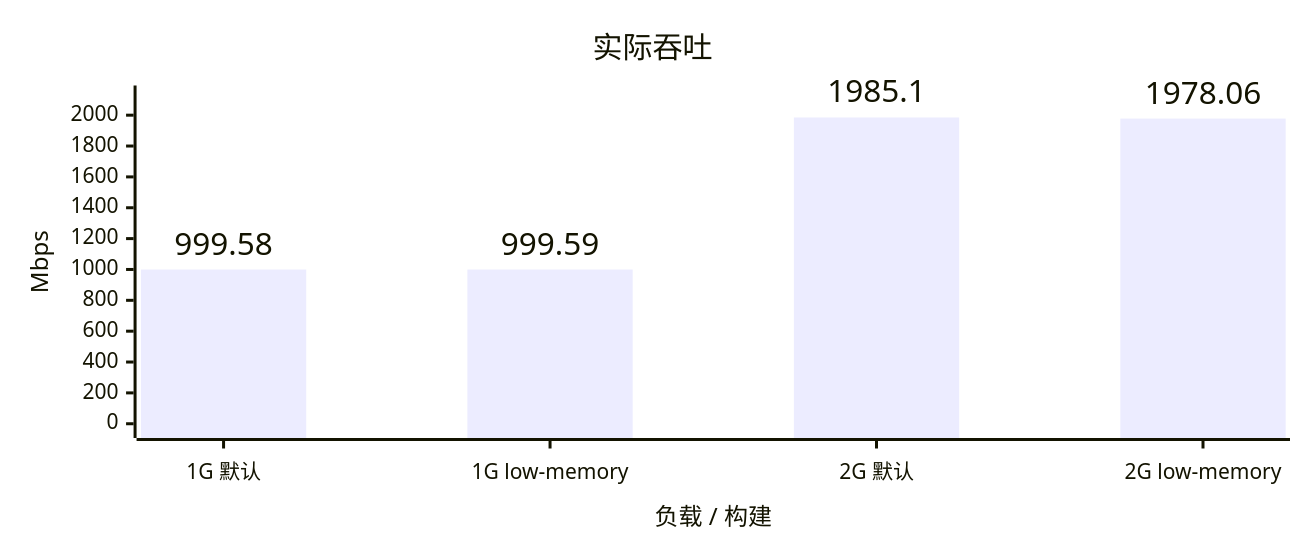
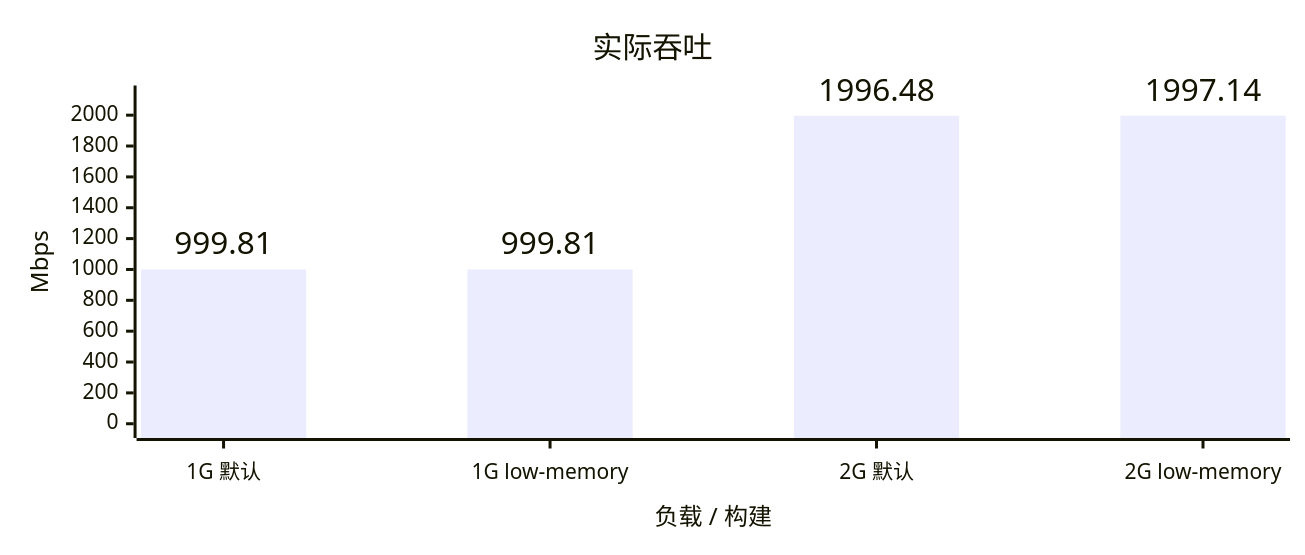
Before and after one commit to YuanDevTeam/Vole: the first of 4 diagrams in docs/benchmark.md, drawn with Mermaid. The commit also changed other lines of this file and 1 other file, not shown here.

````diff
--- a/docs/benchmark.md
+++ b/docs/benchmark.md
@@ -15,15 +13,15 @@
 ```mermaid
 ---
 config:
   xyChart:
     width: 850
     height: 350
     showDataLabel: true
     showDataLabelOutsideBar: true
 ---
 xychart
     title "实际吞吐"
     x-axis "负载 / 构建" ["1G 默认", "1G low-memory", "2G 默认", "2G low-memory"]
     y-axis "Mbps" 0 --> 2100
-    bar [999.58, 999.59, 1985.10, 1978.06]
+    bar [999.81, 999.81, 1996.48, 1997.14]
 ```
````
